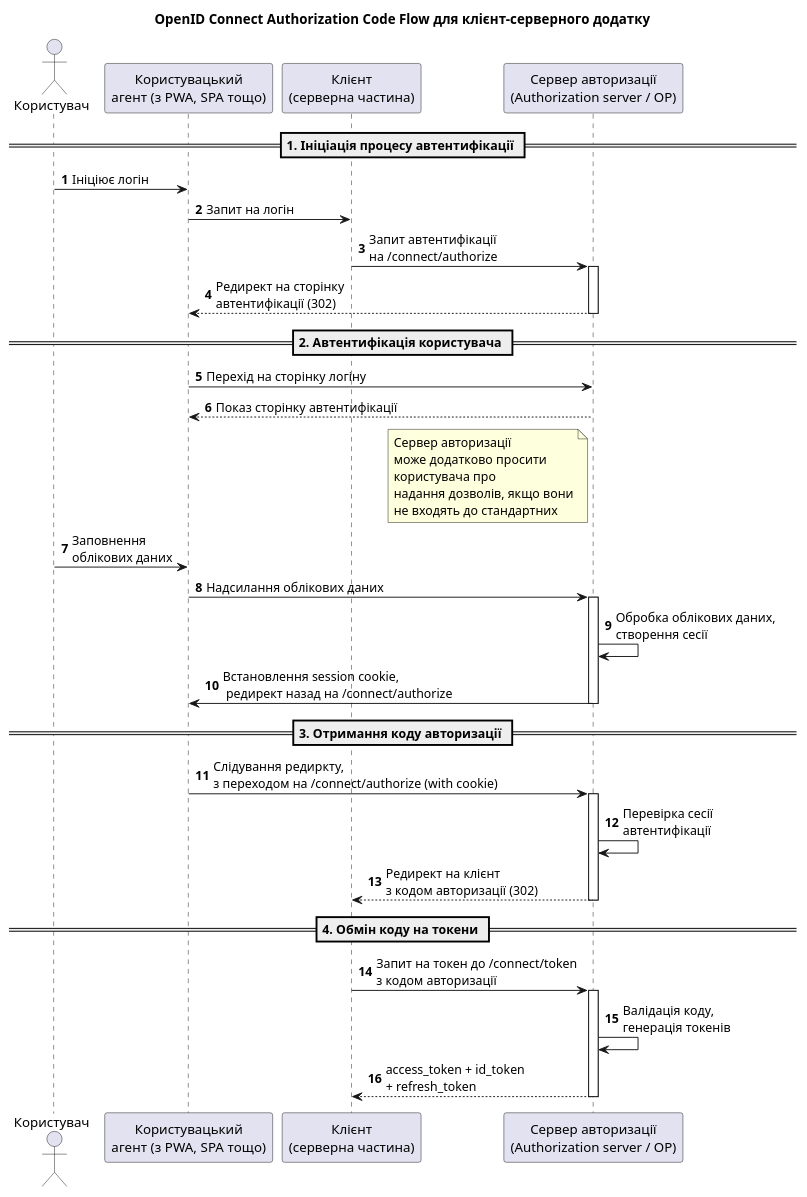
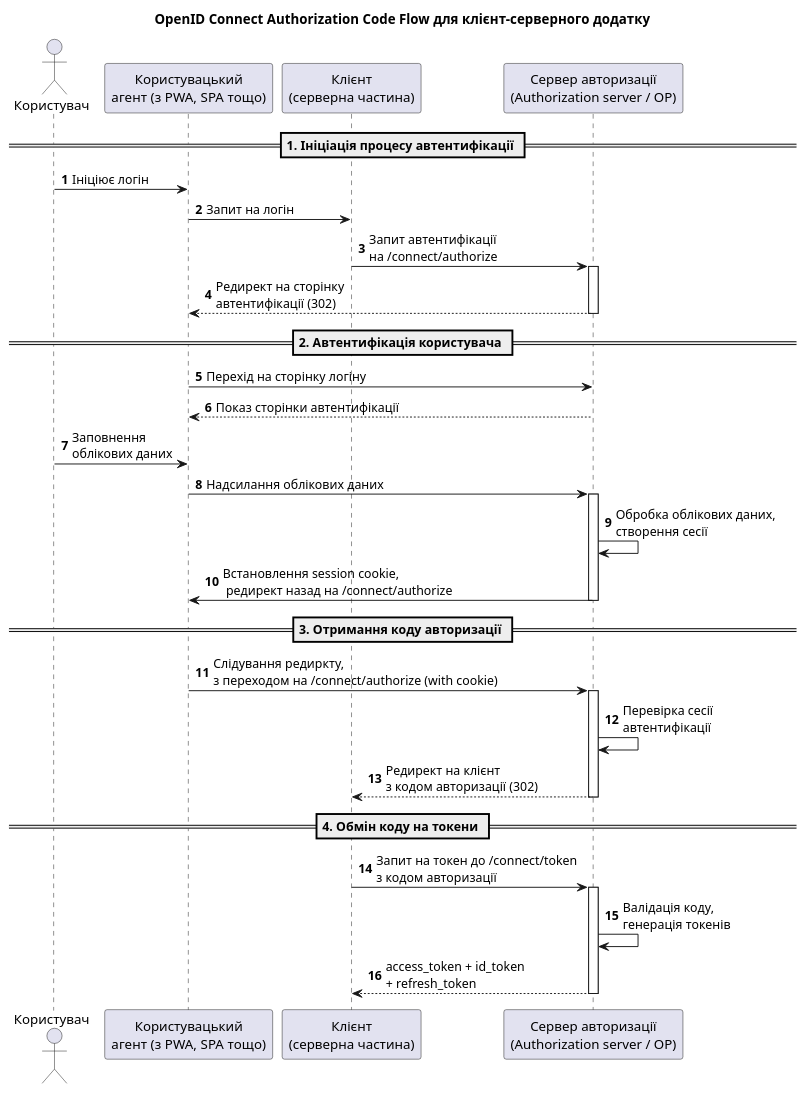
The diagram in Docs/sequence_diagram.puml (AyTee001/AuthProvider), drawn with PlantUML before and after one commit. The commit also changed 3 other files, not shown here.

Commit message:
edits to diagrams while describing

```diff
--- a/Docs/sequence_diagram.puml
+++ b/Docs/sequence_diagram.puml
@@ -1,50 +1,43 @@
 @startuml name "Sequence_OIDC"
 title "OpenID Connect Authorization Code Flow для клієнт-серверного додатку"
 
 actor "Користувач" as User
 participant "Користувацький\nагент (з PWA, SPA тощо)" as UserAgent
 participant "Клієнт\n(серверна частина)" as Client
 participant "Сервер авторизації\n(Authorization server / OP)" as OP
 
 autonumber
 
 == 1. Ініціація процесу автентифікації ==
 User -> UserAgent: Ініціює логін
 UserAgent -> Client: Запит на логін
 Client -> OP: Запит автентифікації\nна /connect/authorize
 activate OP
 OP --> UserAgent: Редирект на сторінку\nавтентифікації (302)
 deactivate OP
 
 == 2. Автентифікація користувача ==
 UserAgent -> OP: Перехід на сторінку логіну
-OP --> UserAgent: Показ сторінку автентифікації
-note left of OP
-  Сервер авторизації
-  може додатково просити
-  користувача про
-  надання дозволів, якщо вони
-  не входять до стандартних
-end note
+OP --> UserAgent: Показ сторінки автентифікації
 User -> UserAgent: Заповнення\nоблікових даних
 UserAgent -> OP: Надсилання облікових даних
 activate OP
 OP -> OP: Обробка облікових даних,\nстворення сесії
 OP -> UserAgent: Встановлення session cookie,\n редирект назад на /connect/authorize
 deactivate OP
 
 == 3. Отримання коду авторизації ==
 UserAgent -> OP: Слідування редиркту, \nз переходом на /connect/authorize (with cookie)
 activate OP
 OP -> OP: Перевірка сесії\nавтентифікації
 OP --> Client: Редирект на клієнт\nз кодом авторизації (302)
 deactivate OP
 
 == 4. Обмін коду на токени ==
 Client -> OP: Запит на токен до /connect/token\nз кодом авторизації
 activate OP
 OP -> OP: Валідація коду,\nгенерація токенів
 OP --> Client: access_token + id_token\n+ refresh_token
 deactivate OP
 
 @enduml
```
